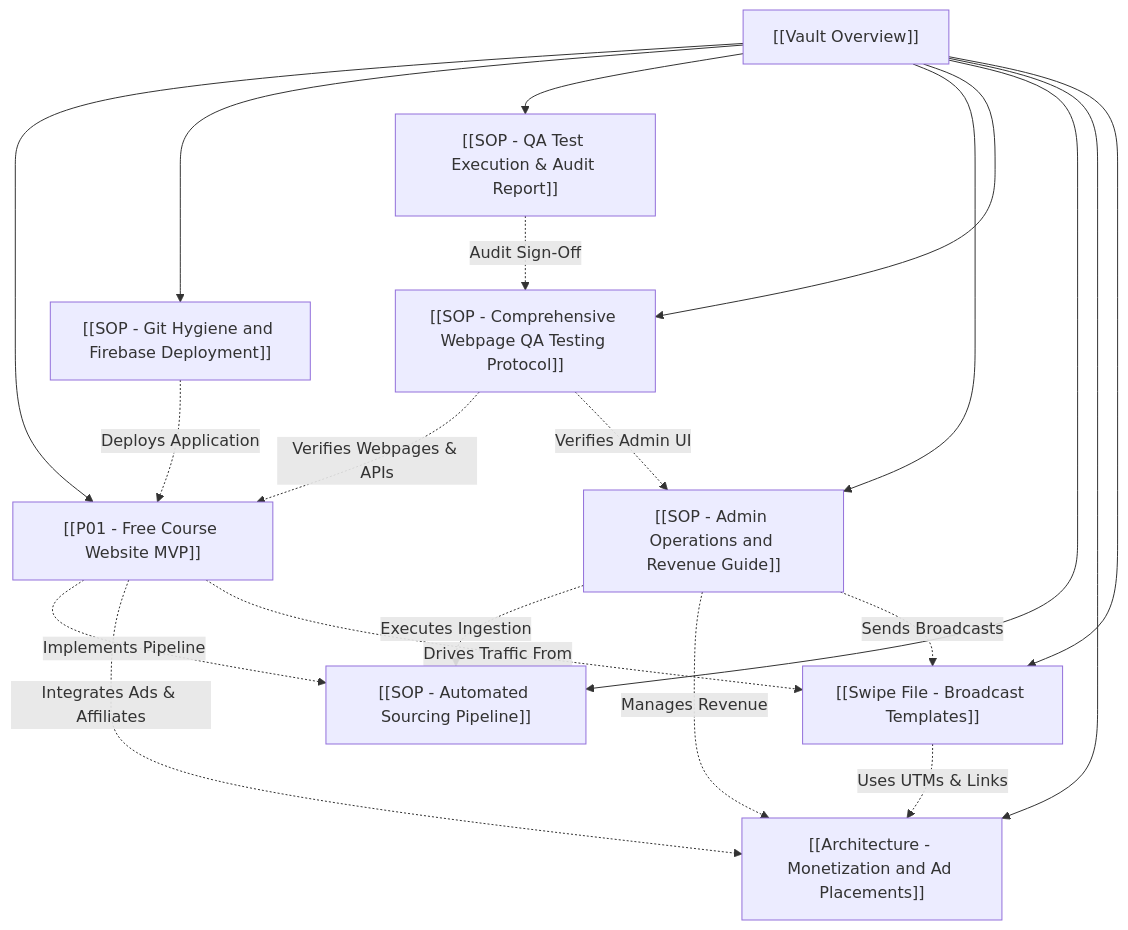
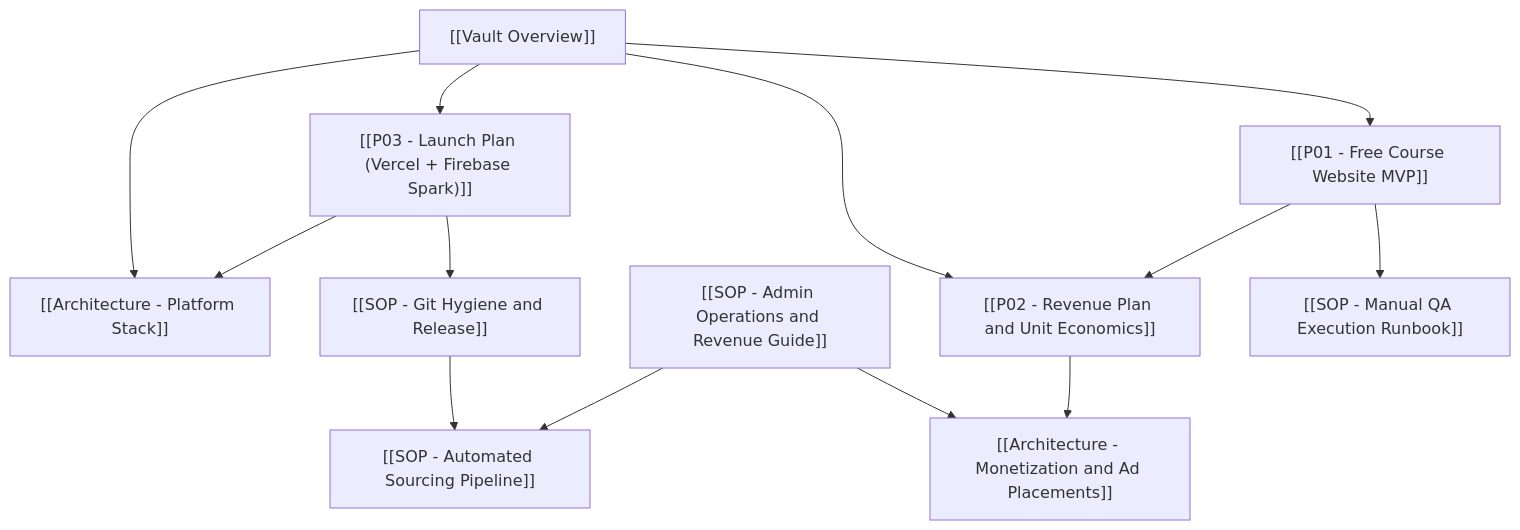
Before and after one commit to Deadsecnote1/Online-courses: the diagram in 00 Meta/Vault Overview.md, drawn with Mermaid. The commit also changed other lines of this file and 52 other files, not shown here.

First line of the commit message:
feat: Firestore catalog and Vercel+Spark launch stack

````diff
--- a/00 Meta/Vault Overview.md
+++ b/00 Meta/Vault Overview.md
@@ -29,23 +55,26 @@
 ```mermaid
 graph TD
-    VO["[[Vault Overview]]"] --> P1["[[P01 - Free Course Website MVP]]"]
-    VO --> DEVOPS["[[SOP - Git Hygiene and Firebase Deployment]]"]
-    VO --> REPORT["[[SOP - QA Test Execution & Audit Report]]"]
-    VO --> ADMIN["[[SOP - Admin Operations and Revenue Guide]]"]
-    VO --> QA["[[SOP - Comprehensive Webpage QA Testing Protocol]]"]
-    VO --> SOP["[[SOP - Automated Sourcing Pipeline]]"]
-    VO --> MON["[[Architecture - Monetization and Ad Placements]]"]
-    VO --> SWIPE["[[Swipe File - Broadcast Templates]]"]
-    
-    DEVOPS -.->|Deploys Application| P1
-    REPORT -.->|Audit Sign-Off| QA
-    QA -.->|Verifies Webpages & APIs| P1
-    QA -.->|Verifies Admin UI| ADMIN
-    ADMIN -.->|Executes Ingestion| SOP
-    ADMIN -.->|Manages Revenue| MON
-    ADMIN -.->|Sends Broadcasts| SWIPE
-    P1 -.->|Implements Pipeline| SOP
-    P1 -.->|Integrates Ads & Affiliates| MON
-    P1 -.->|Drives Traffic From| SWIPE
-    SWIPE -.->|Uses UTMs & Links| MON
+    VO["[[Vault Overview]]"]
+    P3["[[P03 - Launch Plan (Vercel + Firebase Spark)]]"]
+    STACK["[[Architecture - Platform Stack]]"]
+    P1["[[P01 - Free Course Website MVP]]"]
+    P2["[[P02 - Revenue Plan and Unit Economics]]"]
+    REL["[[SOP - Git Hygiene and Release]]"]
+    PIPE["[[SOP - Automated Sourcing Pipeline]]"]
+    ADMIN["[[SOP - Admin Operations and Revenue Guide]]"]
+    QA["[[SOP - Manual QA Execution Runbook]]"]
+    MON["[[Architecture - Monetization and Ad Placements]]"]
+
+    VO --> P3
+    VO --> STACK
+    VO --> P1
+    VO --> P2
+    P3 --> STACK
+    P3 --> REL
+    REL --> PIPE
+    P1 --> QA
+    P1 --> P2
+    ADMIN --> PIPE
+    ADMIN --> MON
+    P2 --> MON
 ```
````
